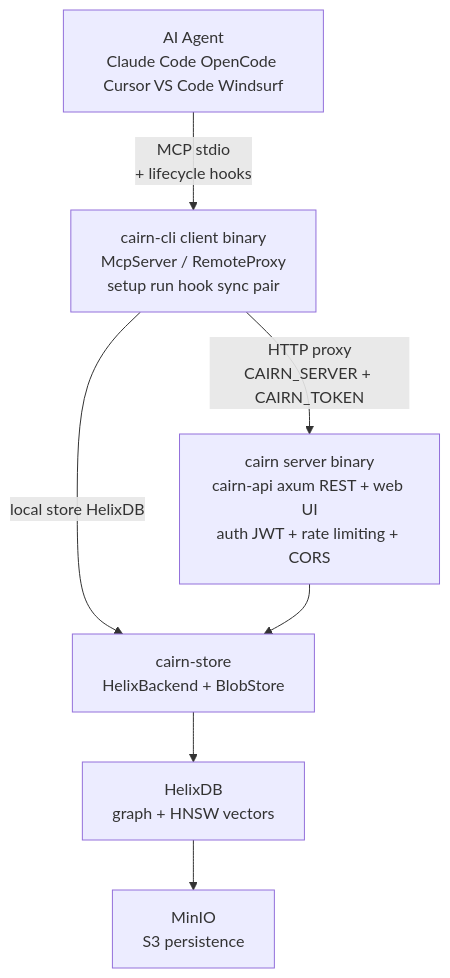
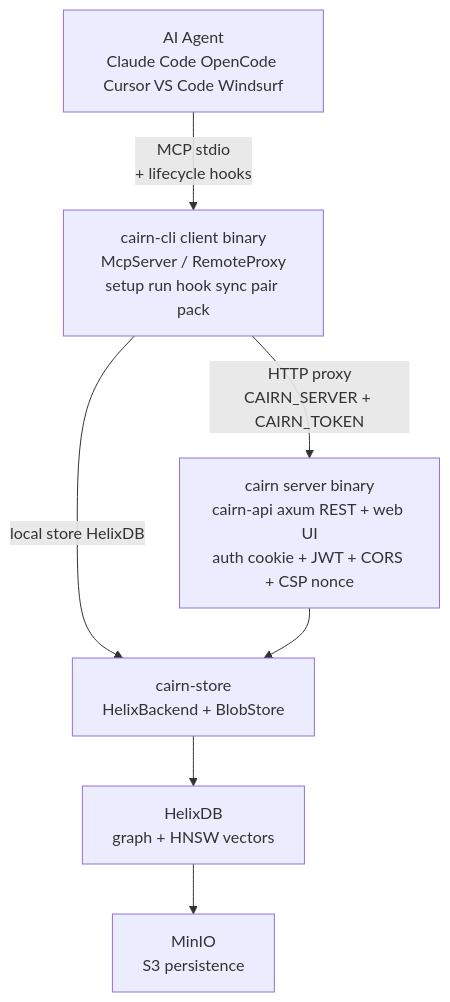
Before and after one commit to Vellixia/Cairn: the first of 2 diagrams in docs/ARCHITECTURE.md, drawn with Mermaid. The commit also changed other lines of this file and 183 other files, not shown here.

````diff
--- a/docs/ARCHITECTURE.md
+++ b/docs/ARCHITECTURE.md
@@ -10,16 +10,16 @@
 ```mermaid
 graph TD
     Agent["AI Agent<br/>Claude Code OpenCode Cursor VS Code Windsurf"]
-    CLI["cairn-cli client binary<br/>McpServer / RemoteProxy<br/>setup run hook sync pair"]
-    Server["cairn server binary<br/>cairn-api axum REST + web UI<br/>auth JWT + rate limiting + CORS"]
+    CLI["cairn-cli client binary<br/>McpServer / RemoteProxy<br/>setup run hook sync pair pack"]
+    Server["cairn server binary<br/>cairn-api axum REST + web UI<br/>auth cookie + JWT + CORS + CSP nonce"]
     Store["cairn-store<br/>HelixBackend + BlobStore"]
     Helix["HelixDB<br/>graph + HNSW vectors"]
     MinIO["MinIO<br/>S3 persistence"]
 
     Agent -->|"MCP stdio<br/>+ lifecycle hooks"| CLI
     CLI -->|"local store HelixDB"| Store
     CLI -->|"HTTP proxy<br/>CAIRN_SERVER + CAIRN_TOKEN"| Server
     Server --> Store
     Store --> Helix
     Helix --> MinIO
 ```
````
